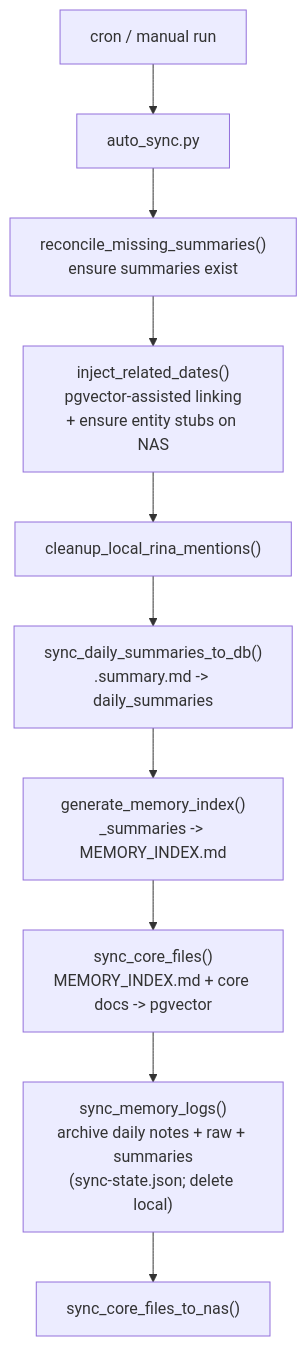
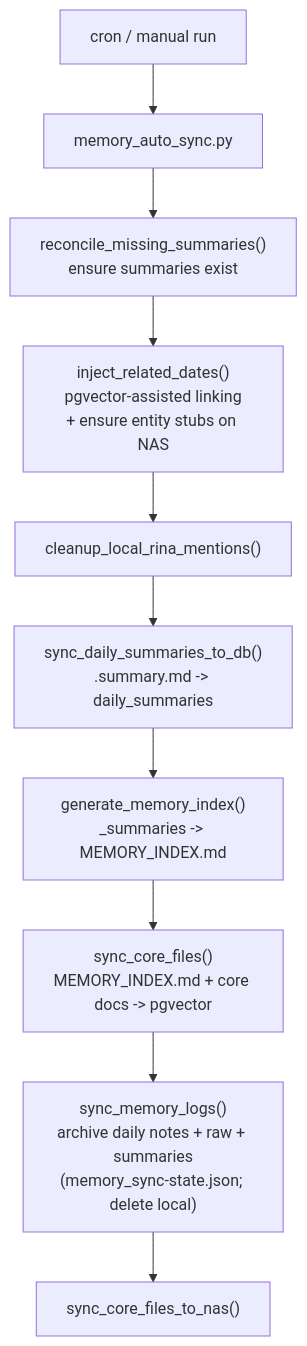
Before and after one commit to nouverse-tech/nouva-mcp-server: the second of 5 diagrams in src/skills/memory_engine/ARCHITECTURE.md, drawn with Mermaid. The commit also changed other lines of this file and 29 other files, not shown here.

````diff
--- a/src/skills/memory_engine/ARCHITECTURE.md
+++ b/src/skills/memory_engine/ARCHITECTURE.md
@@ -115,13 +115,13 @@
 ```mermaid
 flowchart TD
-  CRON["cron / manual run"] --> AS["auto_sync.py"]
+  CRON["cron / manual run"] --> AS["memory_auto_sync.py"]
 
   AS --> S1["reconcile_missing_summaries()\nensure summaries exist"]
   S1 --> S1b["inject_related_dates()\npgvector-assisted linking\n+ ensure entity stubs on NAS"]
   S1b --> S2["cleanup_local_rina_mentions()"]
   S2 --> S3["sync_daily_summaries_to_db()\n.summary.md -> daily_summaries"]
   S3 --> S4["generate_memory_index()\n_summaries -> MEMORY_INDEX.md"]
   S4 --> S5["sync_core_files()\nMEMORY_INDEX.md + core docs -> pgvector"]
-  S5 --> S6["sync_memory_logs()\narchive daily notes + raw + summaries\n(sync-state.json; delete local)"]
+  S5 --> S6["sync_memory_logs()\narchive daily notes + raw + summaries\n(memory_sync-state.json; delete local)"]
   S6 --> S7["sync_core_files_to_nas()"]
 ```
````
